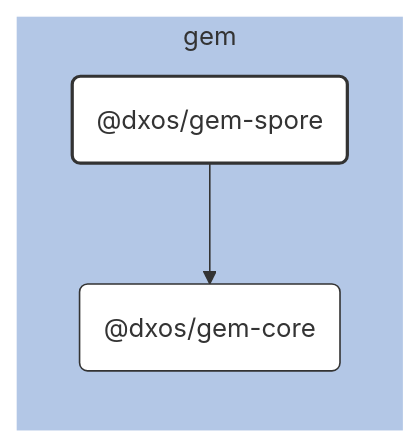
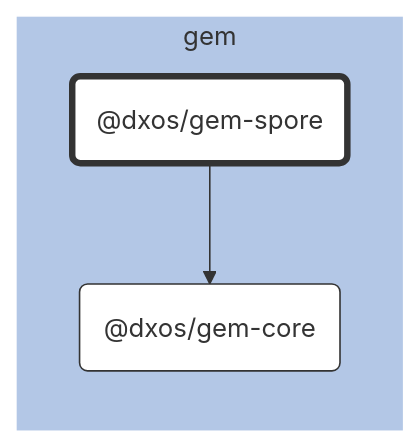
One commit to dxos/dxos changed the diagram in packages/gem/gem-spore/docs/README.md. Above: the diagram before and after it, drawn with Mermaid. The commit also changed 683 other files, not shown here.

````diff
--- a/packages/gem/gem-spore/docs/README.md
+++ b/packages/gem/gem-spore/docs/README.md
@@ -7,29 +7,23 @@
 ```mermaid
 %%{ init: {'flowchart':{'curve':'basis'}} }%%
 
 flowchart LR
 
-%% Links
-dxos/gem-spore --> dxos/gem-core;
+%% Classes
+classDef def fill:#fff,stroke:#333,stroke-width:1px
+classDef root fill:#fff,stroke:#333,stroke-width:4px
 
-%% Sections
-subgraph gem
-  style gem fill:#b3c7e6,stroke:#fff;
+%% Nodes
 
-  dxos/gem-core("@dxos/gem-core")
-  dxos/gem-spore("@dxos/gem-spore")
+subgraph gem [gem]
+  style gem fill:#b3c7e6,stroke:#fff
+  dxos/gem-spore("@dxos/gem-spore"):::root
+  click dxos/gem-spore "dxos/dxos/tree/main/packages/gem/gem-spore/docs"
+  dxos/gem-core("@dxos/gem-core"):::def
+  click dxos/gem-core "dxos/dxos/tree/main/packages/gem/gem-core/docs"
 end
 
-
-%% Hyperlinks
-click dxos/gem-core "dxos/dxos/tree/main/packages/gem/gem-core/docs";
-
-%% Styles
-classDef rootNode fill:#fff,stroke:#333,stroke-width:2px
-classDef defaultNode fill:#fff,stroke:#333,stroke-width:1px
+%% Links
 linkStyle default stroke:#333,stroke-width:1px
-
-dxos/gem-spore:::rootNode
-
-dxos/gem-core:::defaultNode
+dxos/gem-spore --> dxos/gem-core
 ```
````
